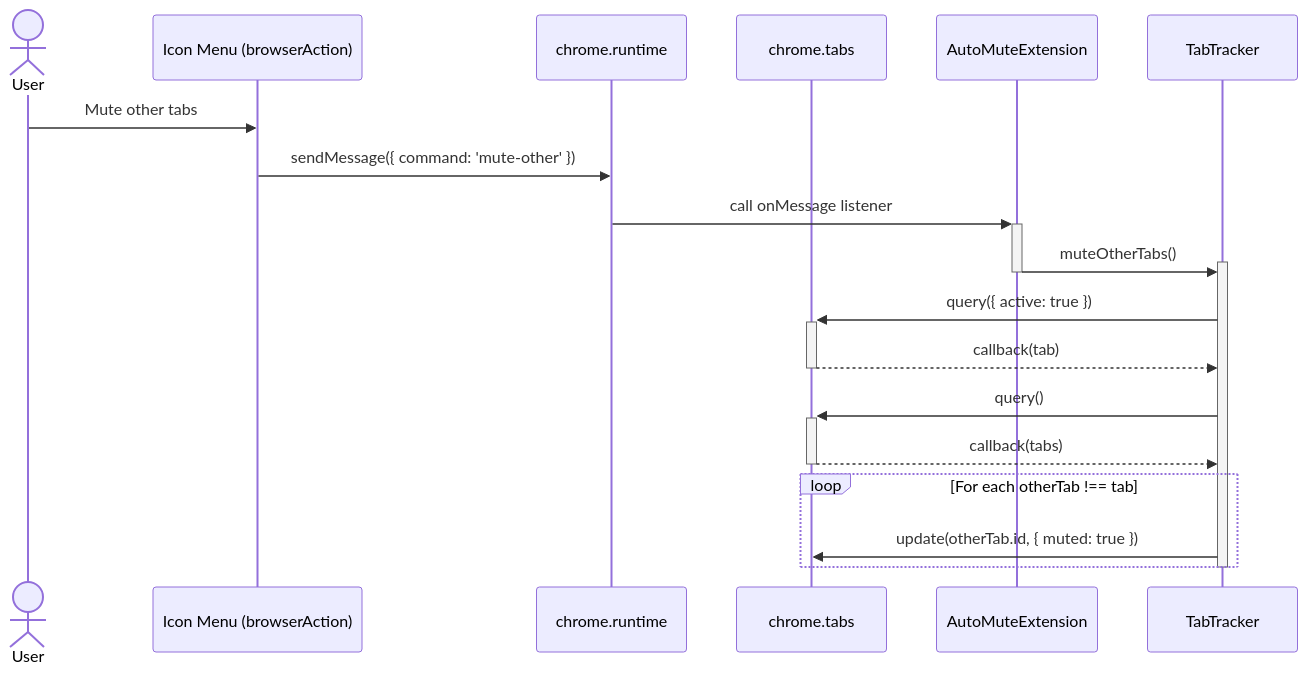
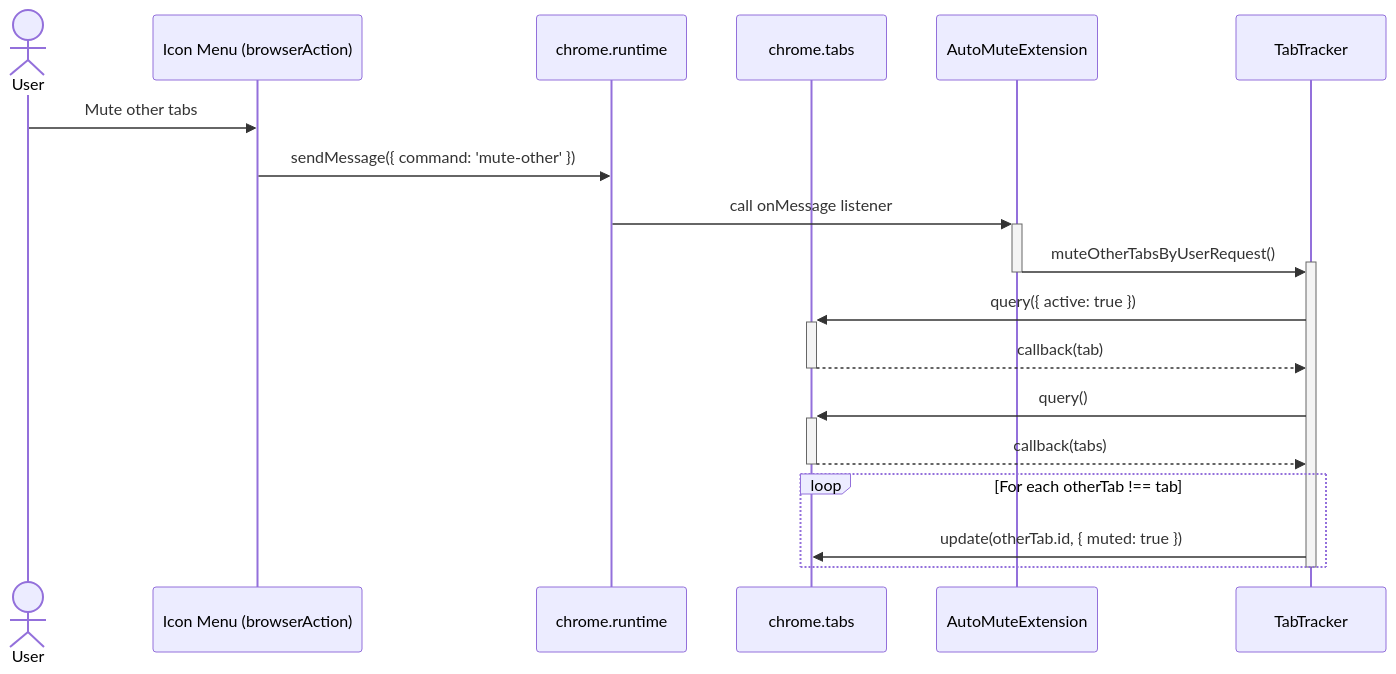
Before and after one commit to danBhentschel/auto-mute: the third of 4 diagrams in docs/SequenceDiagrams.md, drawn with Mermaid. The commit also changed other lines of this file and 66 other files, not shown here.

Commit message:
Many updates to architecture, execution, and tests.

````diff
--- a/docs/SequenceDiagrams.md
+++ b/docs/SequenceDiagrams.md
@@ -71,23 +73,23 @@
 ```mermaid
 sequenceDiagram
     actor user as User
     participant browserAction as Icon Menu (browserAction)
     participant runtime as chrome.runtime
     participant tabs as chrome.tabs
     participant extension as AutoMuteExtension
     participant tracker as TabTracker
 
     user->>browserAction: Mute other tabs
     browserAction->>runtime: sendMessage({ command: 'mute-other' })
     runtime->>+extension: call onMessage listener
-    extension->>+tracker: muteOtherTabs()
+    extension->>+tracker: muteOtherTabsByUserRequest()
     deactivate extension
     tracker->>+tabs: query({ active: true })
     tabs-->>-tracker: callback(tab)
     tracker->>+tabs: query()
     tabs-->>-tracker: callback(tabs)
     loop For each otherTab !== tab
         tracker->>tabs: update(otherTab.id, { muted: true })
     end
     deactivate tracker
 ```
````
